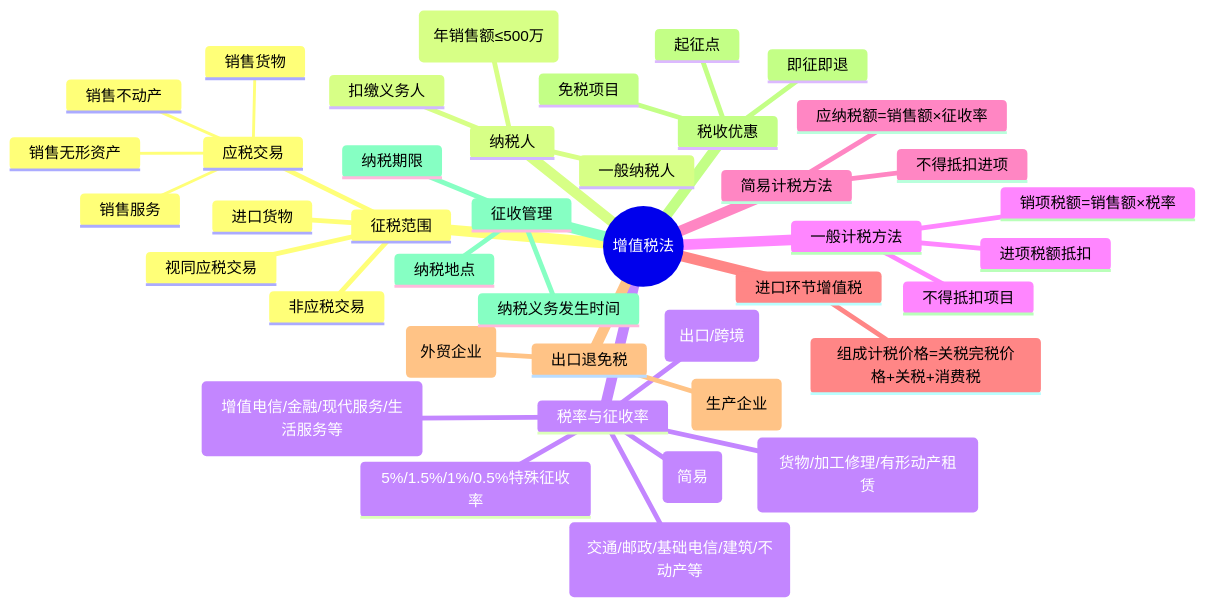
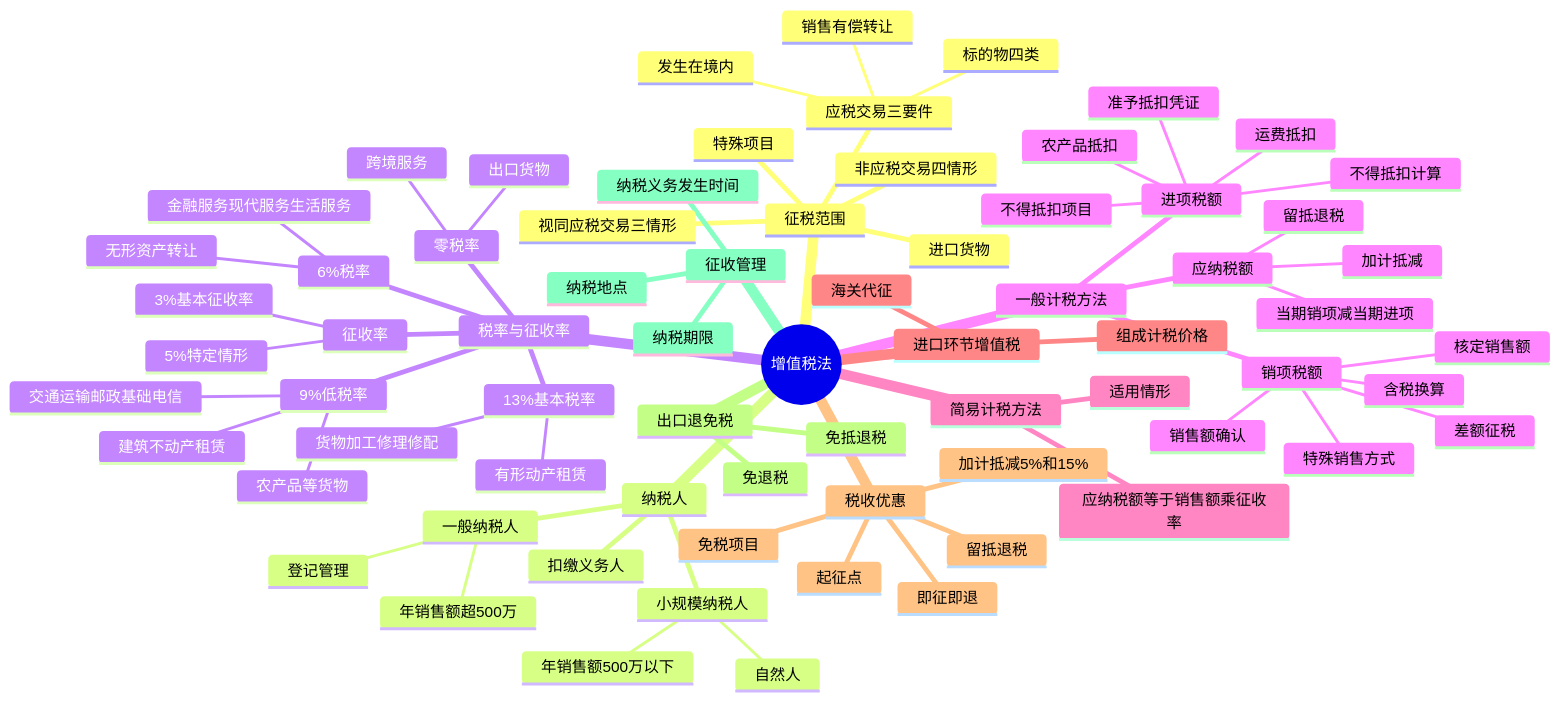
Before and after one commit to 106-official/deepsleep-blog: the diagram in content/learn/cpa/07-tax-law/02-vat.md, drawn with Mermaid. The commit also changed other lines of this file and 149 other files, not shown here.

````diff
--- a/content/learn/cpa/07-tax-law/02-vat.md
+++ b/content/learn/cpa/07-tax-law/02-vat.md
@@ -33,44 +45,74 @@
 ```mermaid
 mindmap
   root((增值税法))
     征税范围
-      应税交易
-        销售货物
-        销售服务
-        销售无形资产
-        销售不动产
-      视同应税交易
-      非应税交易
+      应税交易三要件
+        销售有偿转让
+        发生在境内
+        标的物四类
+      视同应税交易三情形
+      非应税交易四情形
       进口货物
+      特殊项目
     纳税人
       一般纳税人
-      小规模纳税人(年销售额≤500万)
+        年销售额超500万
+        登记管理
+      小规模纳税人
+        年销售额500万以下
+        自然人
       扣缴义务人
     税率与征收率
-      13%(货物/加工修理/有形动产租赁)
-      9%(交通/邮政/基础电信/建筑/不动产等)
-      6%(增值电信/金融/现代服务/生活服务等)
-      0%(出口/跨境)
-      3%征收率(简易)
-      5%/1.5%/1%/0.5%特殊征收率
+      13%基本税率
+        货物加工修理修配
+        有形动产租赁
+      9%低税率
+        交通运输邮政基础电信
+        建筑不动产租赁
+        农产品等货物
+      6%税率
+        金融服务现代服务生活服务
+        无形资产转让
+      零税率
+        出口货物
+        跨境服务
+      征收率
+        3%基本征收率
+        5%特定情形
     一般计税方法
-      销项税额=销售额×税率
-      进项税额抵扣
-      不得抵扣项目
+      销项税额
+        销售额确认
+        含税换算
+        特殊销售方式
+        差额征税
+        核定销售额
+      进项税额
+        准予抵扣凭证
+        不得抵扣项目
+        农产品抵扣
+        运费抵扣
+        不得抵扣计算
+      应纳税额
+        当期销项减当期进项
+        加计抵减
+        留抵退税
     简易计税方法
-      应纳税额=销售额×征收率
-      不得抵扣进项
+      应纳税额等于销售额乘征收率
+      适用情形
     进口环节增值税
-      组成计税价格=关税完税价格+关税+消费税
-    出口退免税
-      免抵退税(生产企业)
-      免退税(外贸企业)
+      组成计税价格
+      海关代征
     税收优惠
       起征点
       免税项目
       即征即退
+      加计抵减5%和15%
+      留抵退税
+    出口退免税
+      免退税
+      免抵退税
     征收管理
       纳税义务发生时间
+      纳税期限
       纳税地点
-      纳税期限
 ```
````
